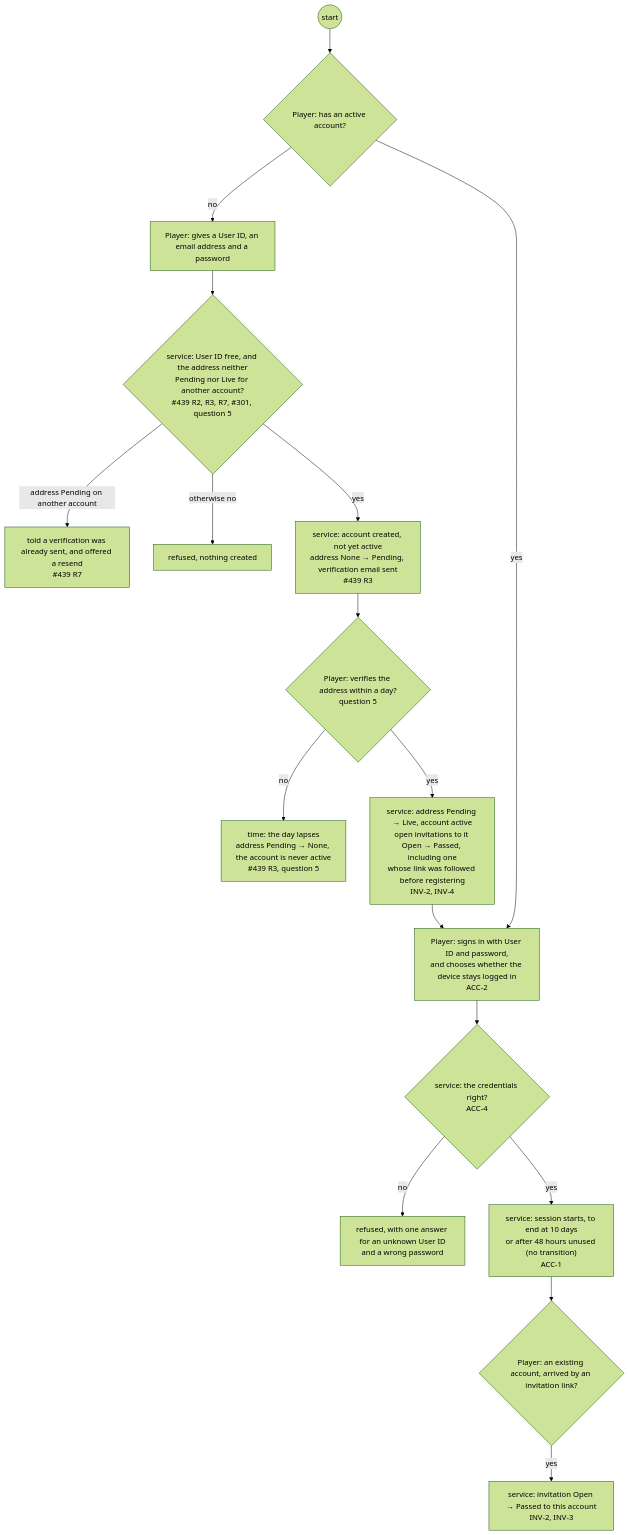
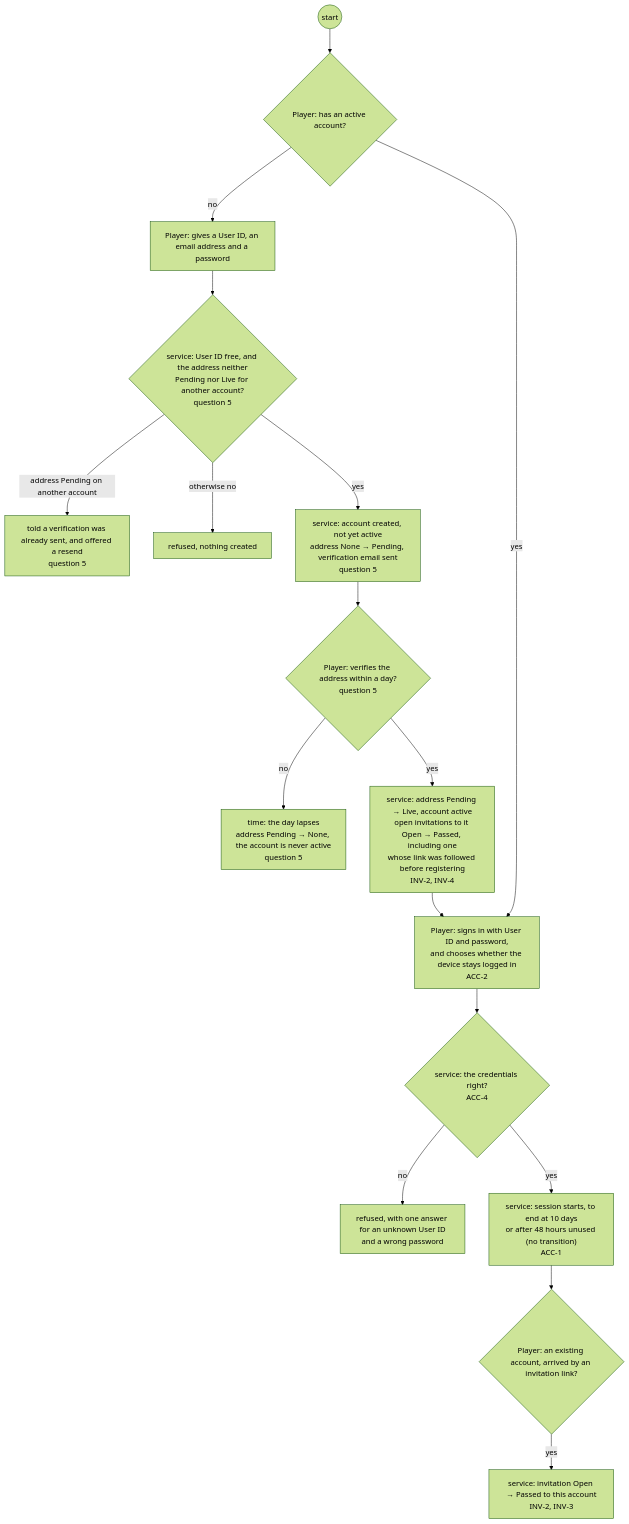
Before and after one commit to delphside/programme: the third of 29 diagrams in docs/changes/workstreams/application-game-architecture/71-one-game-model/71-functional.md, drawn with Mermaid (forest theme). The commit also changed other lines of this file, not shown here.

First line of the commit message:
app 0.9.2 api 2.16: 71: journeys cite rules and living documents, not issues

````diff
--- a/docs/changes/workstreams/application-game-architecture/71-one-game-model/71-functional.md
+++ b/docs/changes/workstreams/application-game-architecture/71-one-game-model/71-functional.md
@@ -96,19 +102,19 @@
 ```mermaid
 flowchart TD
   s0((start)) --> d0{"Player: has an active account?"}
   d0 -- no --> p1["Player: gives a User ID, an email address and a password"]
-  p1 --> v2{"service: User ID free, and the address neither<br/>Pending nor Live for another account?<br/>#439 R2, R3, R7, #301, question 5"}
-  v2 -- "address Pending on another account" --> r4["told a verification was already sent, and offered a resend<br/>#439 R7"]
+  p1 --> v2{"service: User ID free, and the address neither<br/>Pending nor Live for another account?<br/>question 5"}
+  v2 -- "address Pending on another account" --> r4["told a verification was already sent, and offered a resend<br/>question 5"]
   v2 -- "otherwise no" --> r2["refused, nothing created"]
-  v2 -- yes --> t1["service: account created, not yet active<br/>address None → Pending, verification email sent<br/>#439 R3"]
+  v2 -- yes --> t1["service: account created, not yet active<br/>address None → Pending, verification email sent<br/>question 5"]
   t1 --> d1{"Player: verifies the address within a day?<br/>question 5"}
-  d1 -- no --> t2["time: the day lapses<br/>address Pending → None, the account is never active<br/>#439 R3, question 5"]
+  d1 -- no --> t2["time: the day lapses<br/>address Pending → None, the account is never active<br/>question 5"]
   d1 -- yes --> t3["service: address Pending → Live, account active<br/>open invitations to it Open → Passed, including one<br/>whose link was followed before registering<br/>INV-2, INV-4"]
   d0 -- yes --> p2["Player: signs in with User ID and password,<br/>and chooses whether the device stays logged in<br/>ACC-2"]
   t3 --> p2
   p2 --> v3{"service: the credentials right?<br/>ACC-4"}
   v3 -- no --> r3["refused, with one answer for an unknown User ID<br/>and a wrong password"]
   v3 -- yes --> t4["service: session starts, to end at 10 days<br/>or after 48 hours unused (no transition)<br/>ACC-1"]
   t4 --> d2{"Player: an existing account, arrived by an invitation link?"}
   d2 -- yes --> t5["service: invitation Open → Passed to this account<br/>INV-2, INV-3"]
 ```
````
